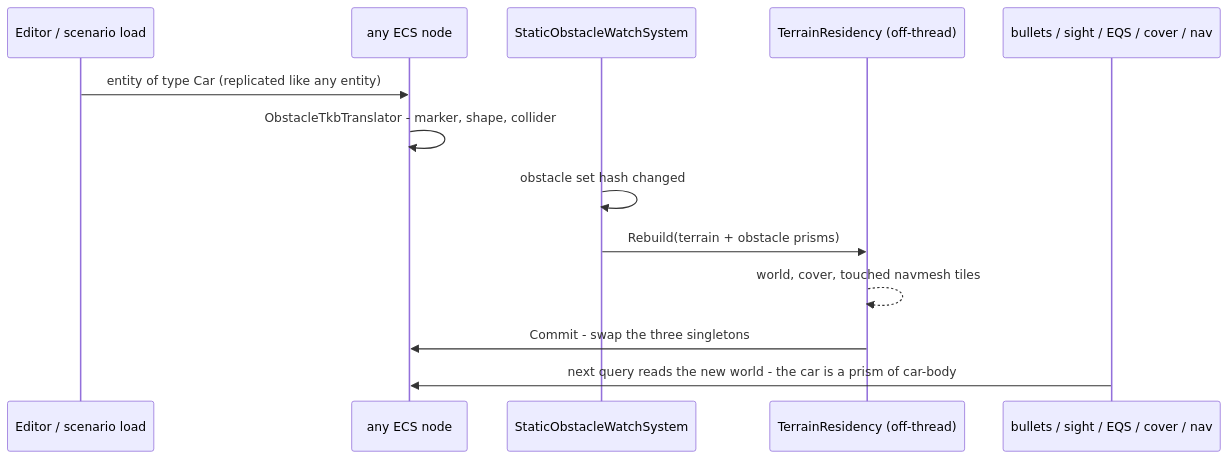
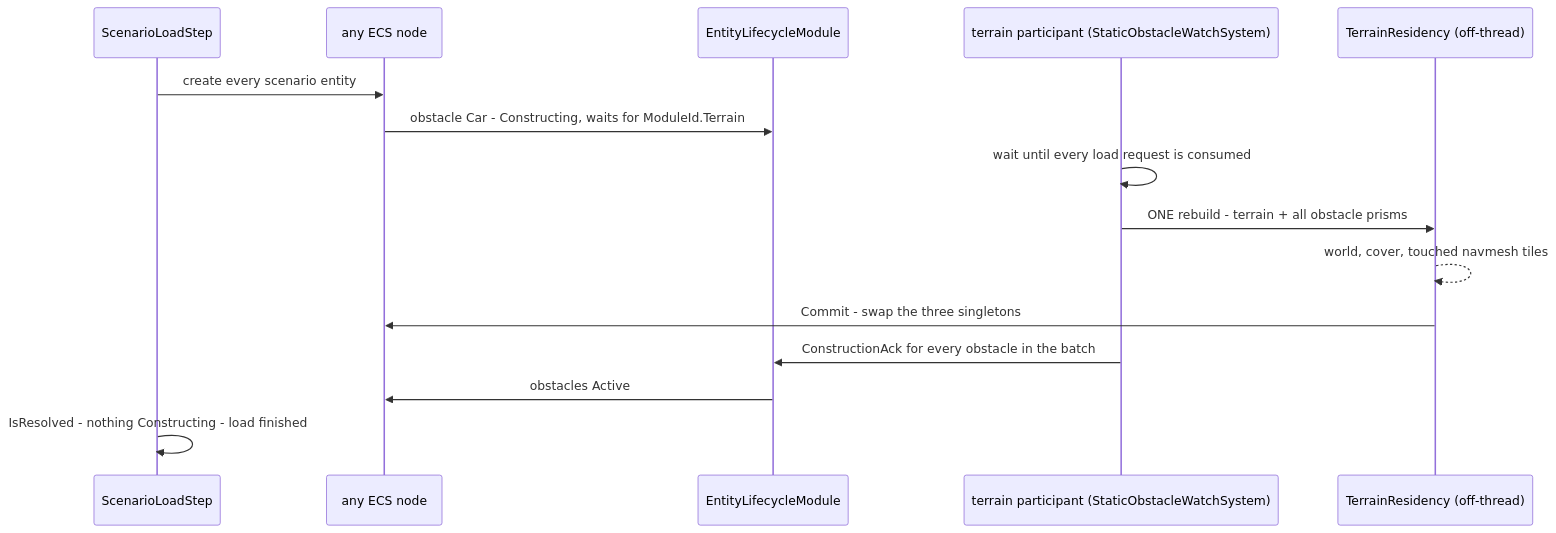
Before and after one commit to pjanec/HROT: the ninth of 10 diagrams in docs/DESIGN_Peek_And_Fire.md, drawn with Mermaid. The commit also changed other lines of this file and 1 other file, not shown here.

First line of the commit message:
CE-3136 P-7a: O1/O5 approved (R-243) - obstacles gated by the entity lifecycle until baked; O2 revised (wall-clock debounce proposed as an R-143 exemption)

````diff
--- a/docs/DESIGN_Peek_And_Fire.md
+++ b/docs/DESIGN_Peek_And_Fire.md
@@ -397,15 +403,17 @@
 ```mermaid
 sequenceDiagram
-  participant E as Editor / scenario load
+  participant L as ScenarioLoadStep
   participant N as any ECS node
-  participant W as StaticObstacleWatchSystem
+  participant ELM as EntityLifecycleModule
+  participant T as terrain participant (StaticObstacleWatchSystem)
   participant R as TerrainResidency (off-thread)
-  participant Q as bullets / sight / EQS / cover / nav
-  E->>N: entity of type Car (replicated like any entity)
-  N->>N: ObstacleTkbTranslator - marker, shape, collider
-  W->>W: obstacle set hash changed
-  W->>R: Rebuild(terrain + obstacle prisms)
+  L->>N: create every scenario entity
+  N->>ELM: obstacle Car - Constructing, waits for ModuleId.Terrain
+  T->>T: wait until every load request is consumed
+  T->>R: ONE rebuild - terrain + all obstacle prisms
   R-->>R: world, cover, touched navmesh tiles
   R->>N: Commit - swap the three singletons
-  Q->>N: next query reads the new world - the car is a prism of car-body
+  T->>ELM: ConstructionAck for every obstacle in the batch
+  ELM->>N: obstacles Active
+  L->>L: IsResolved - nothing Constructing - load finished
 ```
````
